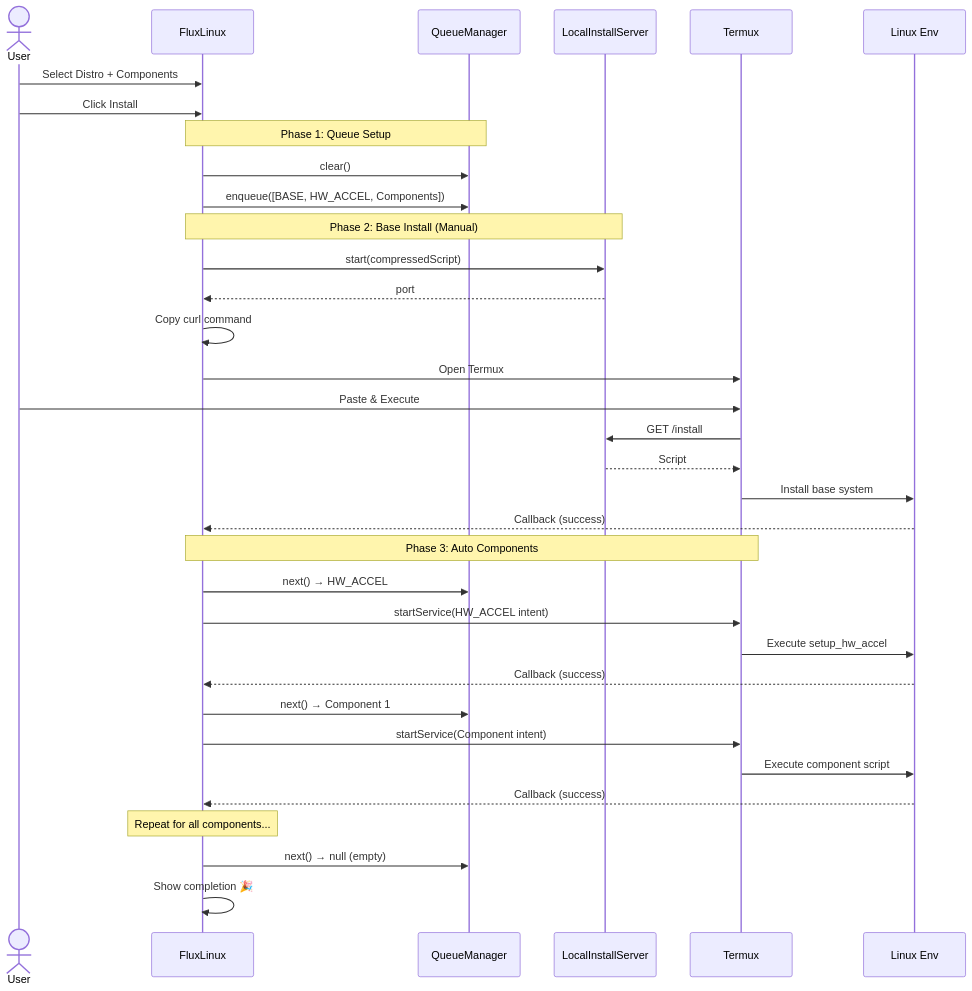
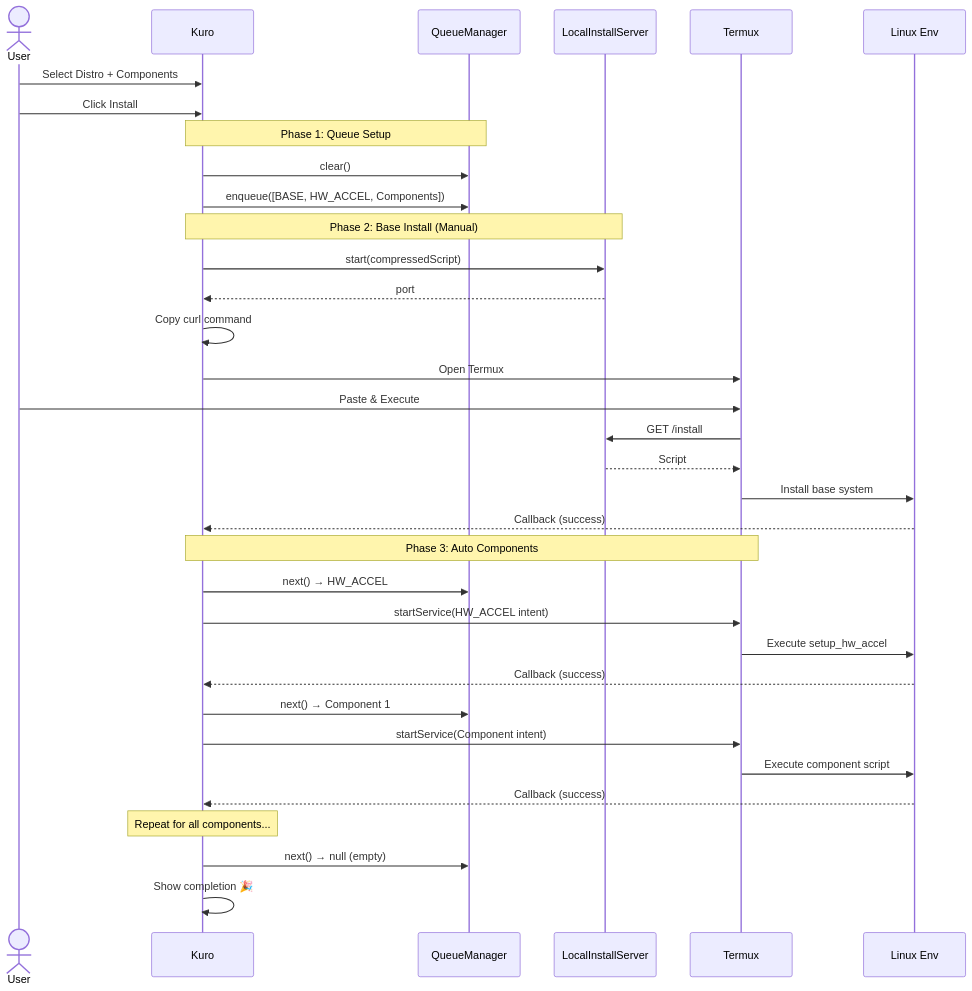
Diagram 15 of 15 in docs/script_execution_workflow.md (HakaI963/kuro), drawn with Mermaid before and after one commit. The commit also changed other lines of this file and 573 other files, not shown here.

````diff
--- a/docs/script_execution_workflow.md
+++ b/docs/script_execution_workflow.md
@@ -634,44 +634,44 @@
 ```mermaid
 sequenceDiagram
     actor User
-    participant App as FluxLinux
+    participant App as Kuro
     participant Queue as QueueManager
     participant Server as LocalInstallServer  
     participant Termux
     participant Distro as Linux Env
     
     User->>App: Select Distro + Components
     User->>App: Click Install
     
     Note over App,Queue: Phase 1: Queue Setup
     App->>Queue: clear()
     App->>Queue: enqueue([BASE, HW_ACCEL, Components])
     
     Note over App,Server: Phase 2: Base Install (Manual)
     App->>Server: start(compressedScript)
     Server-->>App: port
     App->>App: Copy curl command
     App->>Termux: Open Termux
     
     User->>Termux: Paste & Execute
     Termux->>Server: GET /install
     Server-->>Termux: Script
     Termux->>Distro: Install base system
     Distro-->>App: Callback (success)
     
     Note over App,Termux: Phase 3: Auto Components
     App->>Queue: next() → HW_ACCEL
     App->>Termux: startService(HW_ACCEL intent)
     Termux->>Distro: Execute setup_hw_accel
     Distro-->>App: Callback (success)
     
     App->>Queue: next() → Component 1
     App->>Termux: startService(Component intent)
     Termux->>Distro: Execute component script
     Distro-->>App: Callback (success)
     
     Note over App: Repeat for all components...
     
     App->>Queue: next() → null (empty)
     App->>App: Show completion 🎉
 ```
````
